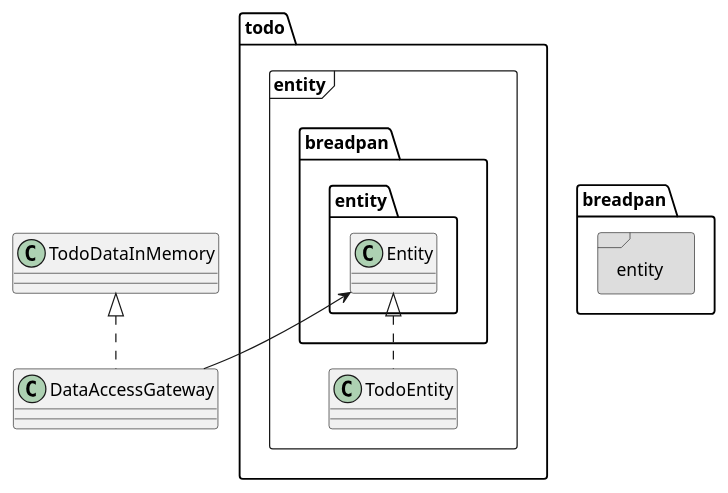
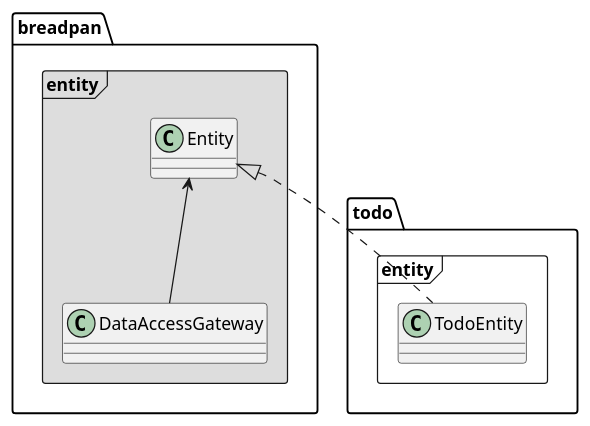
One commit to jinhoyoo/breadpan changed the second of 4 diagrams in docs/how_to_implement.md. Above: the diagram before and after it, drawn with PlantUML. The commit also changed other lines of this file, not shown here.

````diff
--- a/docs/how_to_implement.md
+++ b/docs/how_to_implement.md
@@ -66,15 +87,13 @@
 ```plantuml
 @startuml
 
-TodoDataInMemory <|.. DataAccessGateway
+package breadpan.entity <<Frame>> #DDDDDD {
+    breadpan.entity.Entity <-- DataAccessGateway
+}
 
 package todo.entity <<Frame>> {
     breadpan.entity.Entity <|.. TodoEntity
 }
 
-package breadpan.entity <<Frame>> #DDDDDD {
-    Entity <-- DataAccessGateway
-}
-
 @enduml
 ```
````
